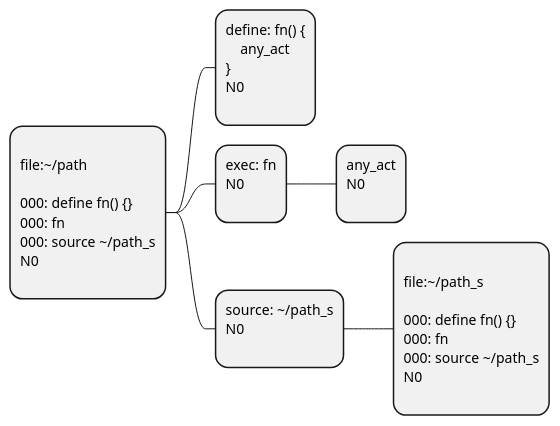
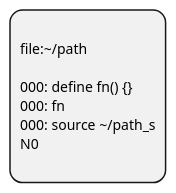
Before and after one commit to legioner9/stl: the diagram in .d/.stl.d/stl.boot.d/stl.boot.flumen.d/stl.boot.flumen.puml.cntx.d/001.stdgm.puml, drawn with PlantUML. The commit also changed 56 other files, not shown here.

```diff
--- a/.d/.stl.d/stl.boot.d/stl.boot.flumen.d/stl.boot.flumen.puml.cntx.d/001.stdgm.puml
+++ b/.d/.stl.d/stl.boot.d/stl.boot.flumen.d/stl.boot.flumen.puml.cntx.d/001.stdgm.puml
@@ -1,43 +1,43 @@
 @startmindmap
 
-' STANDART DGM -------- start --------
+' ' STANDART DGM -------- start --------
 *:
 file:\~/path
 
 000: define fn() {}
 000: fn 
 000: source \~/path_s
 N0
 ;
 
 
-**:define: fn() {
-    any_act
-}
-N0
-;
+' **:define: fn() {
+'     any_act
+' }
+' N0
+' ;
 
-**:exec: fn
-N0
-;
+' **:exec: fn
+' N0
+' ;
 
-***:any_act
-N0
-;
+' ***:any_act
+' N0
+' ;
 
-**:source: \~/path_s
-N0
-;
+' **:source: \~/path_s
+' N0
+' ;
 
-***:
-file:\~/path_s
+' ***:
+' file:\~/path_s
 
-000: define fn() {}
-000: fn 
-000: source \~/path_s
-N0
-;
+' 000: define fn() {}
+' 000: fn 
+' 000: source \~/path_s
+' N0
+' ;
 
-' STANDART DGM -------- end --------
+' ' STANDART DGM -------- end --------
 
 @endmindmap
```
